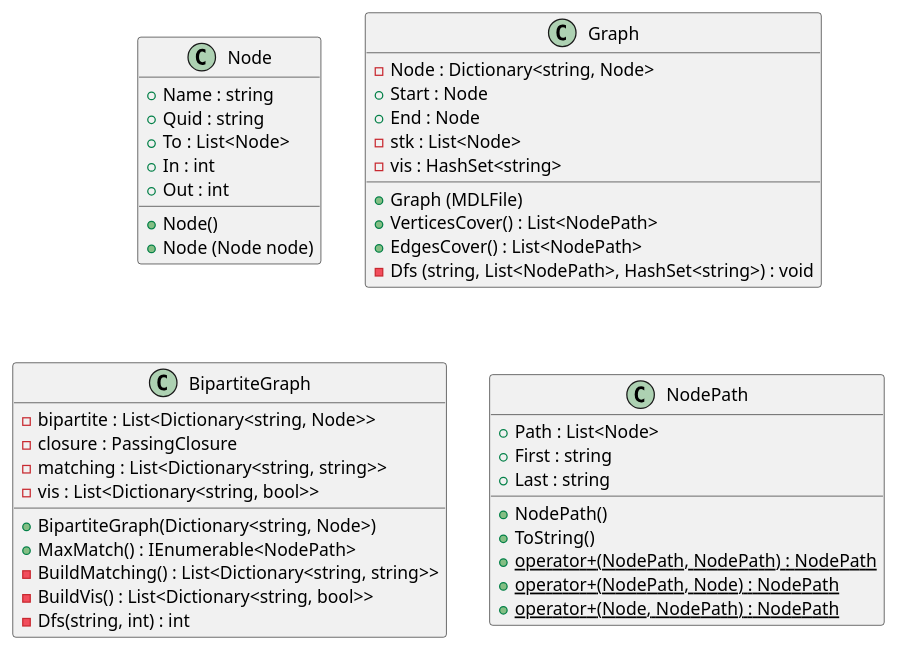
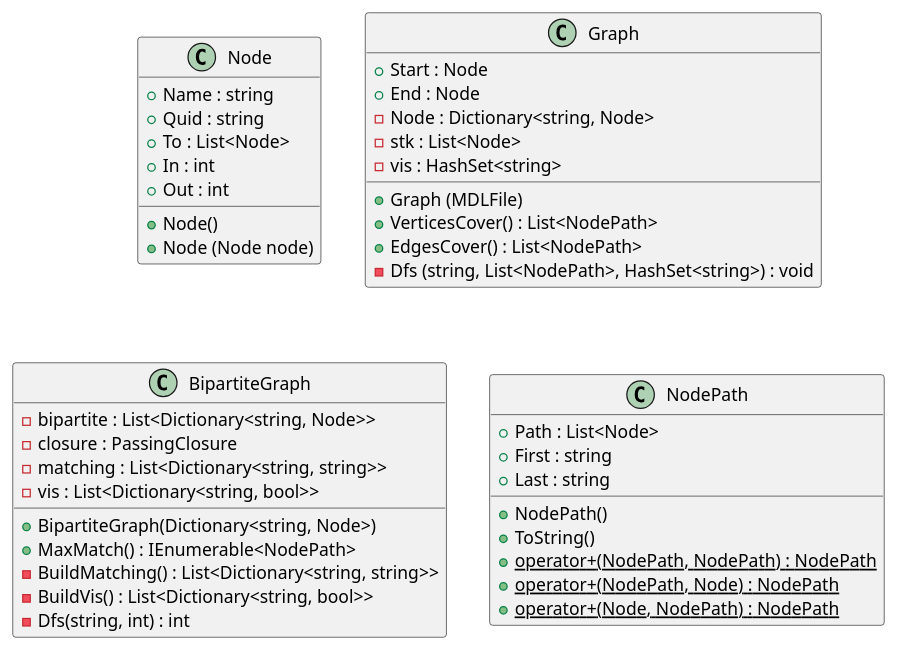
The diagram in class_diagram.wsd (0KABE/StateDiagramCoverr), drawn with PlantUML before and after one commit. The commit also changed other lines of this file, not shown here.

```diff
--- a/class_diagram.wsd
+++ b/class_diagram.wsd
@@ -1,47 +1,47 @@
 @startuml Class Diagram
 class Node{
     + Name : string
     + Quid : string
     + To : List<Node>
     + In : int
     + Out : int
 
     + Node()
     + Node (Node node)
 }
 class Graph{
-    - Node : Dictionary<string, Node>
     + Start : Node
     + End : Node
+    - Node : Dictionary<string, Node>
     - stk : List<Node>
     - vis : HashSet<string>
 
     + Graph (MDLFile)
     + VerticesCover() : List<NodePath>
     + EdgesCover() : List<NodePath>
     - Dfs (string, List<NodePath>, HashSet<string>) : void
 }
 class BipartiteGraph{
     - bipartite : List<Dictionary<string, Node>>
     - closure : PassingClosure
     - matching : List<Dictionary<string, string>>
     - vis : List<Dictionary<string, bool>>
 
     + BipartiteGraph(Dictionary<string, Node>)
     + MaxMatch() : IEnumerable<NodePath>
     - BuildMatching() : List<Dictionary<string, string>>
     - BuildVis() : List<Dictionary<string, bool>>
     - Dfs(string, int) : int
 }
 class NodePath{
     + Path : List<Node>
     + First : string
     + Last : string
 
     + NodePath()
     + ToString()
     + {static} operator+(NodePath, NodePath) : NodePath
     + {static} operator+(NodePath, Node) : NodePath
     + {static} operator+(Node, NodePath) : NodePath
 }
 @enduml
```
